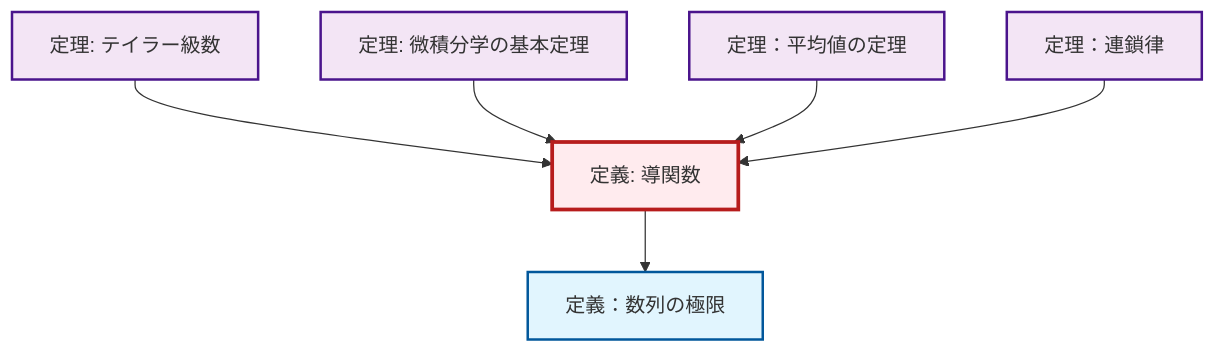
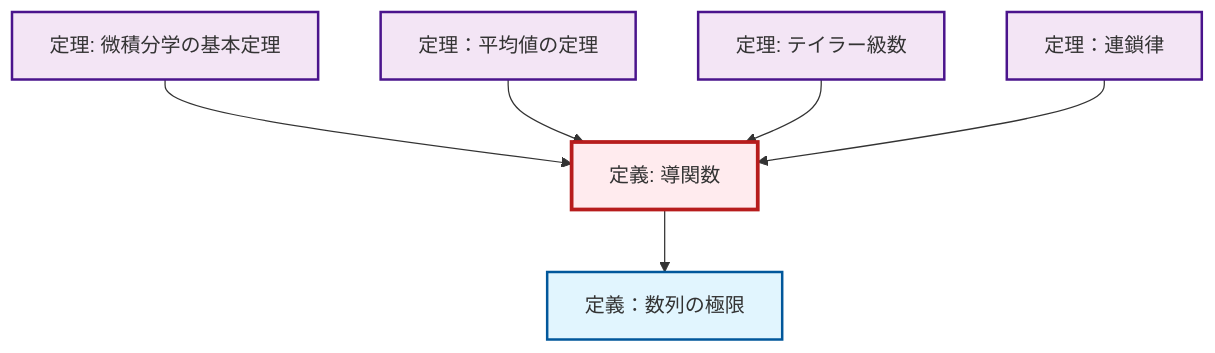
Before and after one commit to RK0429/ModernMath: the second of 2 diagrams in content/ja/analysis/def-derivative.qmd, drawn with Mermaid. The commit also changed other lines of this file and 1012 other files, not shown here.

````diff
--- a/content/ja/analysis/def-derivative.qmd
+++ b/content/ja/analysis/def-derivative.qmd
@@ -89,26 +89,26 @@
 ```{mermaid}
 %%| fig-cap: "Local dependency graph"
 graph TD
     classDef definition fill:#e1f5fe,stroke:#01579b,stroke-width:2px
     classDef theorem fill:#f3e5f5,stroke:#4a148c,stroke-width:2px
     classDef axiom fill:#fff3e0,stroke:#e65100,stroke-width:2px
     classDef example fill:#e8f5e9,stroke:#1b5e20,stroke-width:2px
     classDef current fill:#ffebee,stroke:#b71c1c,stroke-width:3px
-    thm-chain-rule["定理：連鎖律"]:::theorem
     def-limit["定義：数列の極限"]:::definition
     thm-fundamental-calculus["定理: 微積分学の基本定理"]:::theorem
     thm-mean-value["定理：平均値の定理"]:::theorem
+    def-derivative["定義: 導関数"]:::definition
+    thm-chain-rule["定理：連鎖律"]:::theorem
     thm-taylor-series["定理: テイラー級数"]:::theorem
-    def-derivative["定義: 導関数"]:::definition
-    thm-taylor-series --> def-derivative
+    def-derivative --> def-limit
     thm-fundamental-calculus --> def-derivative
     thm-mean-value --> def-derivative
-    def-derivative --> def-limit
+    thm-taylor-series --> def-derivative
     thm-chain-rule --> def-derivative
     class def-derivative current
-    click thm-chain-rule "thm-chain-rule.html" "定理：連鎖律へ"
     click def-limit "def-limit.html" "定義：数列の極限へ"
     click thm-fundamental-calculus "thm-fundamental-calculus.html" "微積分学の基本定理の定理へ"
     click thm-mean-value "thm-mean-value.html" "定理：平均値の定理へ"
+    click thm-chain-rule "thm-chain-rule.html" "定理：連鎖律へ"
     click thm-taylor-series "thm-taylor-series.html" "テイラー級数の定理へ"
 ```
````
